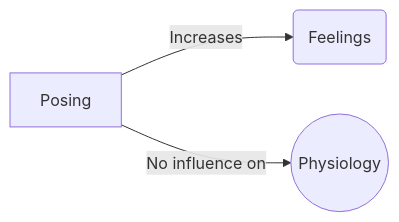
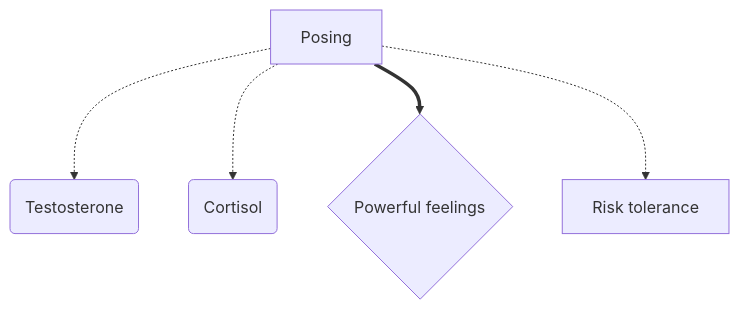
One commit to psu-psychology/psych-490-reproducibility-2023-fall changed the seventh of 8 diagrams in src/notes/wk09-2023-10-18.qmd. Above: the diagram before and after it, drawn with Mermaid. The commit also changed other lines of this file and 29 other files, not shown here.

````diff
--- a/src/notes/wk09-2023-10-18.qmd
+++ b/src/notes/wk09-2023-10-18.qmd
@@ -340,6 +352,7 @@
 ```{mermaid}
-%%| fig-height: 6.5
-flowchart LR
-  A[Posing] -->|Increases|B(Feelings)
-  A -->|No influence on|C((Physiology))
+flowchart TD
+  A[Posing] -.-> B(Testosterone)
+  A -.-> C(Cortisol)
+  A ==> D{Powerful feelings}
+  A -.-> E[Risk tolerance]
 ```
````
